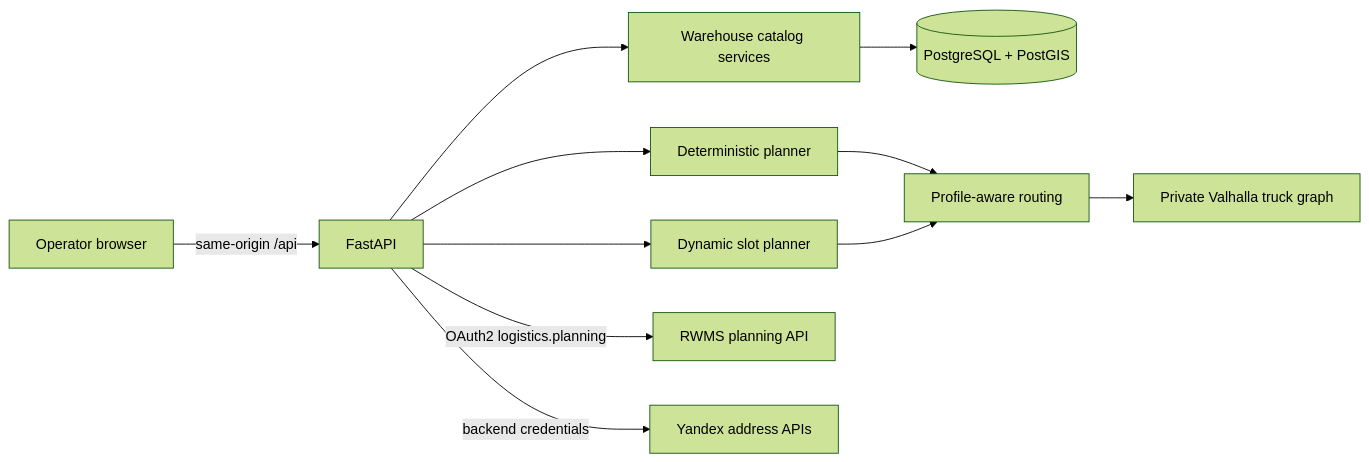
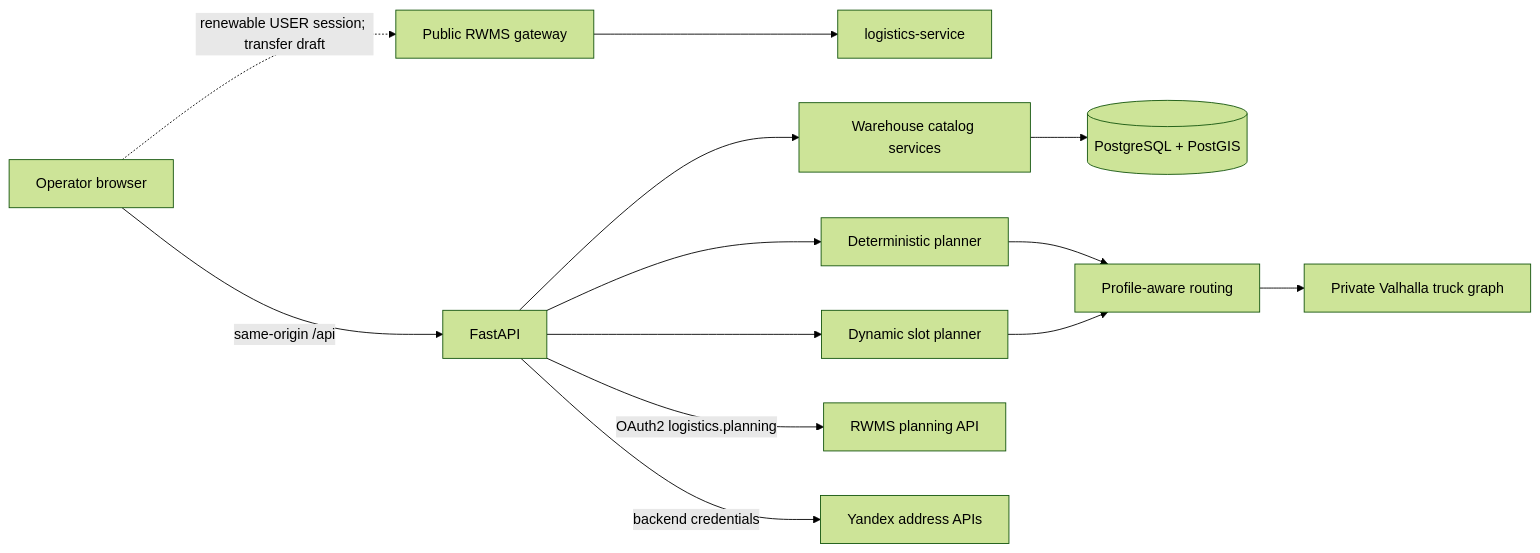
The diagram in logistics/docs/ARCHITECTURE.md (Buhanzaz/rwms), drawn with Mermaid (forest theme) before and after one commit. The commit also changed other lines of this file and 34 other files, not shown here.

````diff
--- a/logistics/docs/ARCHITECTURE.md
+++ b/logistics/docs/ARCHITECTURE.md
@@ -5,13 +5,15 @@
 ```mermaid
 flowchart LR
     Browser[Operator browser] -->|same-origin /api| FastAPI[FastAPI]
+    Browser -. renewable USER session; transfer draft .-> Gateway[Public RWMS gateway]
+    Gateway --> Logistics[logistics-service]
     FastAPI --> Catalog[Warehouse catalog services]
     FastAPI --> Planner[Deterministic planner]
     FastAPI --> Slots[Dynamic slot planner]
     Catalog --> PostGIS[(PostgreSQL + PostGIS)]
     Planner --> Routing[Profile-aware routing]
     Slots --> Routing
     Routing --> Valhalla[Private Valhalla truck graph]
     FastAPI -->|OAuth2 logistics.planning| RWMS[RWMS planning API]
     FastAPI -->|backend credentials| Yandex[Yandex address APIs]
 ```
````
